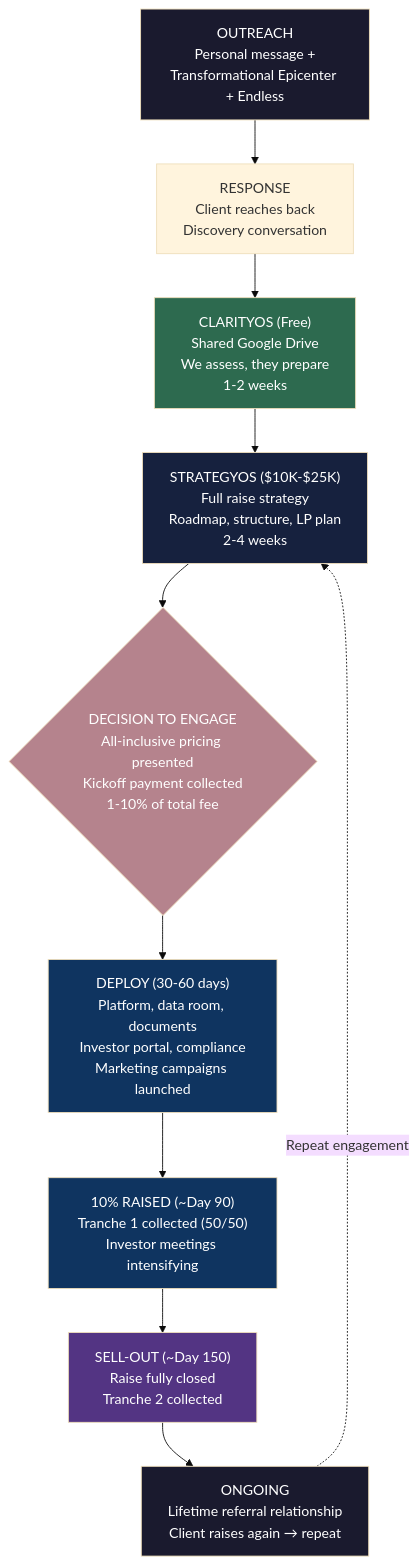
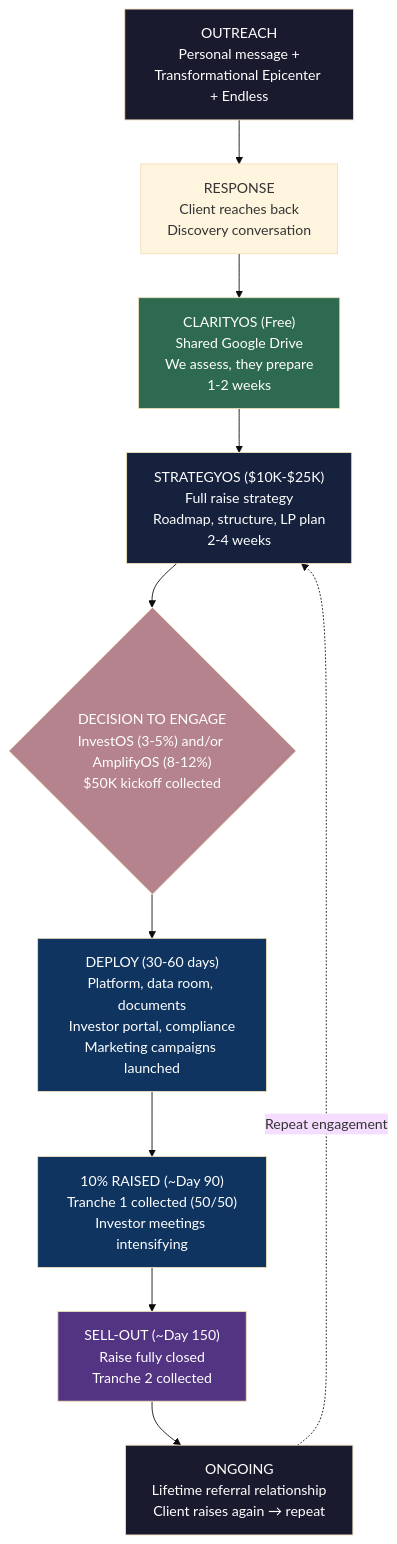
Before and after one commit to Light-Brands/qie: the seventh of 7 diagrams in docs/investos/investos-revenue-channels-playbook-2026-03-05.md, drawn with Mermaid (base theme). The commit also changed other lines of this file and 3 other files, not shown here.

First line of the commit message:
Decouple InvestOS and AmplifyOS into independent products with separate pricing

````diff
--- a/docs/investos/investos-revenue-channels-playbook-2026-03-05.md
+++ b/docs/investos/investos-revenue-channels-playbook-2026-03-05.md
@@ -482,24 +506,24 @@
 ```mermaid
 graph TD
     OUT["OUTREACH<br/>Personal message +<br/>Transformational Epicenter + Endless"]
     RES["RESPONSE<br/>Client reaches back<br/>Discovery conversation"]
     CLA["CLARITYOS (Free)<br/>Shared Google Drive<br/>We assess, they prepare<br/>1-2 weeks"]
     STR["STRATEGYOS ($10K-$25K)<br/>Full raise strategy<br/>Roadmap, structure, LP plan<br/>2-4 weeks"]
-    DEC{"DECISION TO ENGAGE<br/>All-inclusive pricing presented<br/>Kickoff payment collected<br/>1-10% of total fee"}
+    DEC{"DECISION TO ENGAGE<br/>InvestOS (3-5%) and/or AmplifyOS (8-12%)<br/>$50K kickoff collected"}
     DEP["DEPLOY (30-60 days)<br/>Platform, data room, documents<br/>Investor portal, compliance<br/>Marketing campaigns launched"]
     TEN["10% RAISED (~Day 90)<br/>Tranche 1 collected (50/50)<br/>Investor meetings intensifying"]
     SELL["SELL-OUT (~Day 150)<br/>Raise fully closed<br/>Tranche 2 collected"]
     ON["ONGOING<br/>Lifetime referral relationship<br/>Client raises again → repeat"]
 
     OUT --> RES --> CLA --> STR --> DEC --> DEP --> TEN --> SELL --> ON
     ON -.->|"Repeat engagement"| STR
 
     style OUT fill:#1a1a2e,color:#fff
     style CLA fill:#2d6a4f,color:#fff
     style STR fill:#16213e,color:#fff
     style DEC fill:#b5838d,color:#fff
     style DEP fill:#0f3460,color:#fff
     style TEN fill:#0f3460,color:#fff
     style SELL fill:#533483,color:#fff
     style ON fill:#1a1a2e,color:#fff
 ```
````
